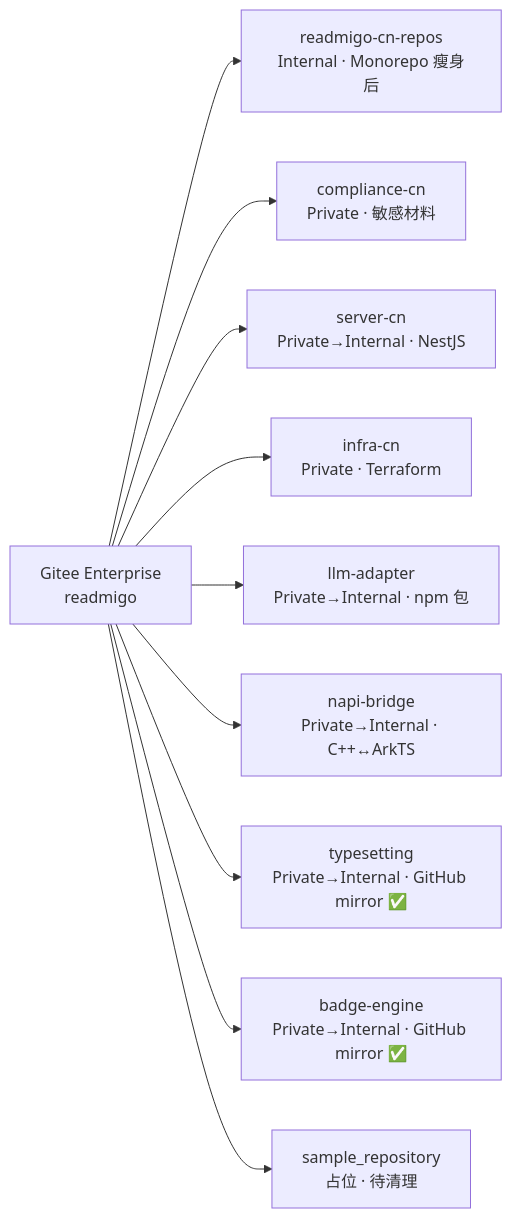
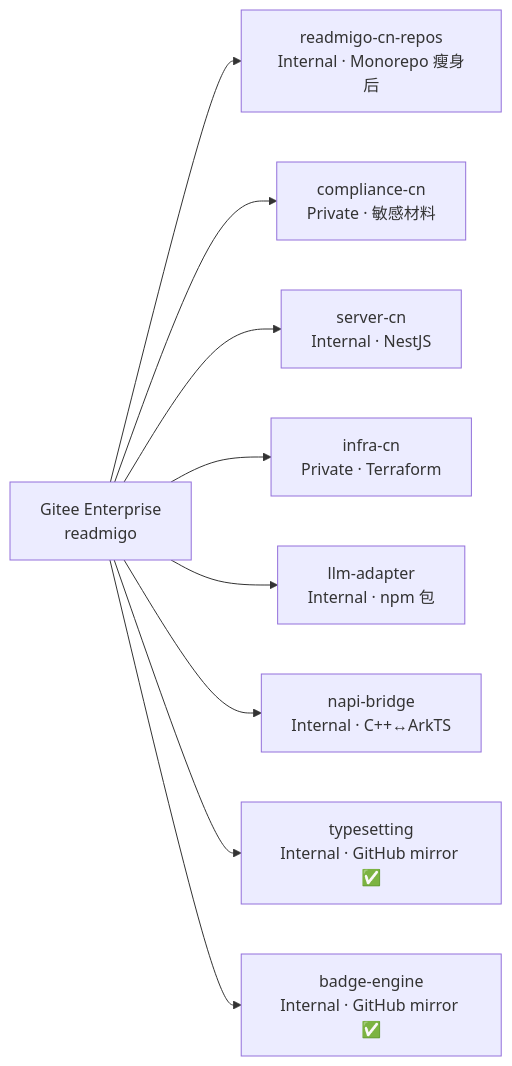
The diagram in docs/40-gitee-repo-structure.md (readmigo-cn/readmigo-cn-repos), drawn with Mermaid before and after one commit. The commit also changed other lines of this file, not shown here.

First line of the commit message:
docs(40-gitee-repo-structure): W25 收尾——sample_repository 已删 + 5 仓 Internal 已生效

````diff
--- a/docs/40-gitee-repo-structure.md
+++ b/docs/40-gitee-repo-structure.md
@@ -42,12 +43,11 @@
 ```mermaid
 graph LR
   Ent["Gitee Enterprise<br/>readmigo"] --> Mono["readmigo-cn-repos<br/>Internal · Monorepo 瘦身后"]
   Ent --> Comp["compliance-cn<br/>Private · 敏感材料"]
-  Ent --> Server["server-cn<br/>Private→Internal · NestJS"]
+  Ent --> Server["server-cn<br/>Internal · NestJS"]
   Ent --> Infra["infra-cn<br/>Private · Terraform"]
-  Ent --> LLM["llm-adapter<br/>Private→Internal · npm 包"]
-  Ent --> Napi["napi-bridge<br/>Private→Internal · C++↔ArkTS"]
-  Ent --> TS["typesetting<br/>Private→Internal · GitHub mirror ✅"]
-  Ent --> BE["badge-engine<br/>Private→Internal · GitHub mirror ✅"]
-  Ent --> Sample["sample_repository<br/>占位 · 待清理"]
+  Ent --> LLM["llm-adapter<br/>Internal · npm 包"]
+  Ent --> Napi["napi-bridge<br/>Internal · C++↔ArkTS"]
+  Ent --> TS["typesetting<br/>Internal · GitHub mirror ✅"]
+  Ent --> BE["badge-engine<br/>Internal · GitHub mirror ✅"]
 ```
````
